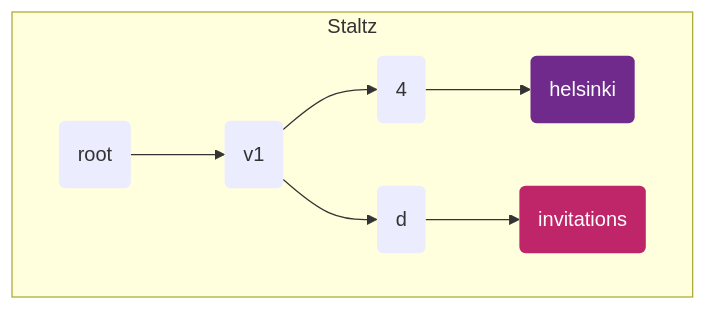
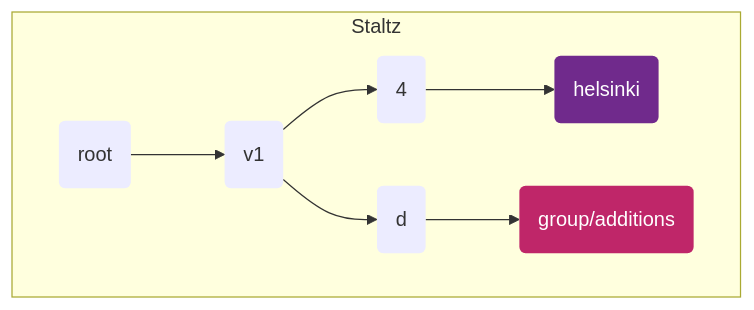
Before and after one commit to ssbc/ssb-meta-feeds-group-spec: the second of 4 diagrams in README.md, drawn with Mermaid. The commit also changed other lines of this file, not shown here.

Commit message:
Rename "invitations" to "group/additions" (#9)

````diff
--- a/README.md
+++ b/README.md
@@ -152,19 +150,19 @@
 ```mermaid
 graph TB
 
 root(root)
 v1(v1)
 4(4)
 d(d)
-invitations(invitations):::invitationsClass
+additions(group/additions):::additionsClass
 helsinki(helsinki):::group
 
 subgraph Staltz
   root --> v1 --> 4 --> helsinki
-           v1 --> d --> invitations
+           v1 --> d --> additions
 end
 
 classDef default stroke:none;
-classDef invitationsClass fill: #BF2669, stroke:none, color:white;
+classDef additionsClass fill: #BF2669, stroke:none, color:white;
 classDef group fill: #702A8C, stroke: none, color:white;
 ```
````
